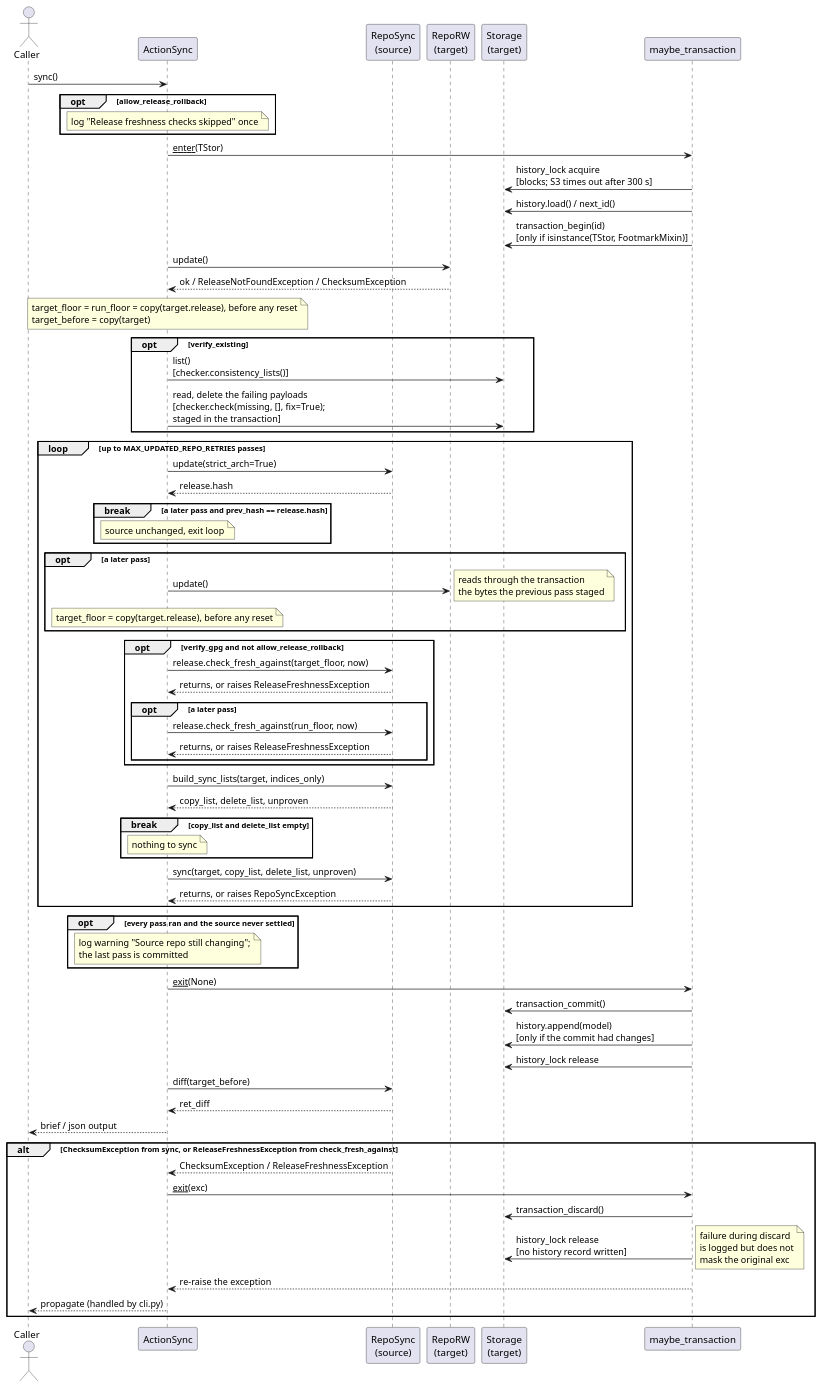
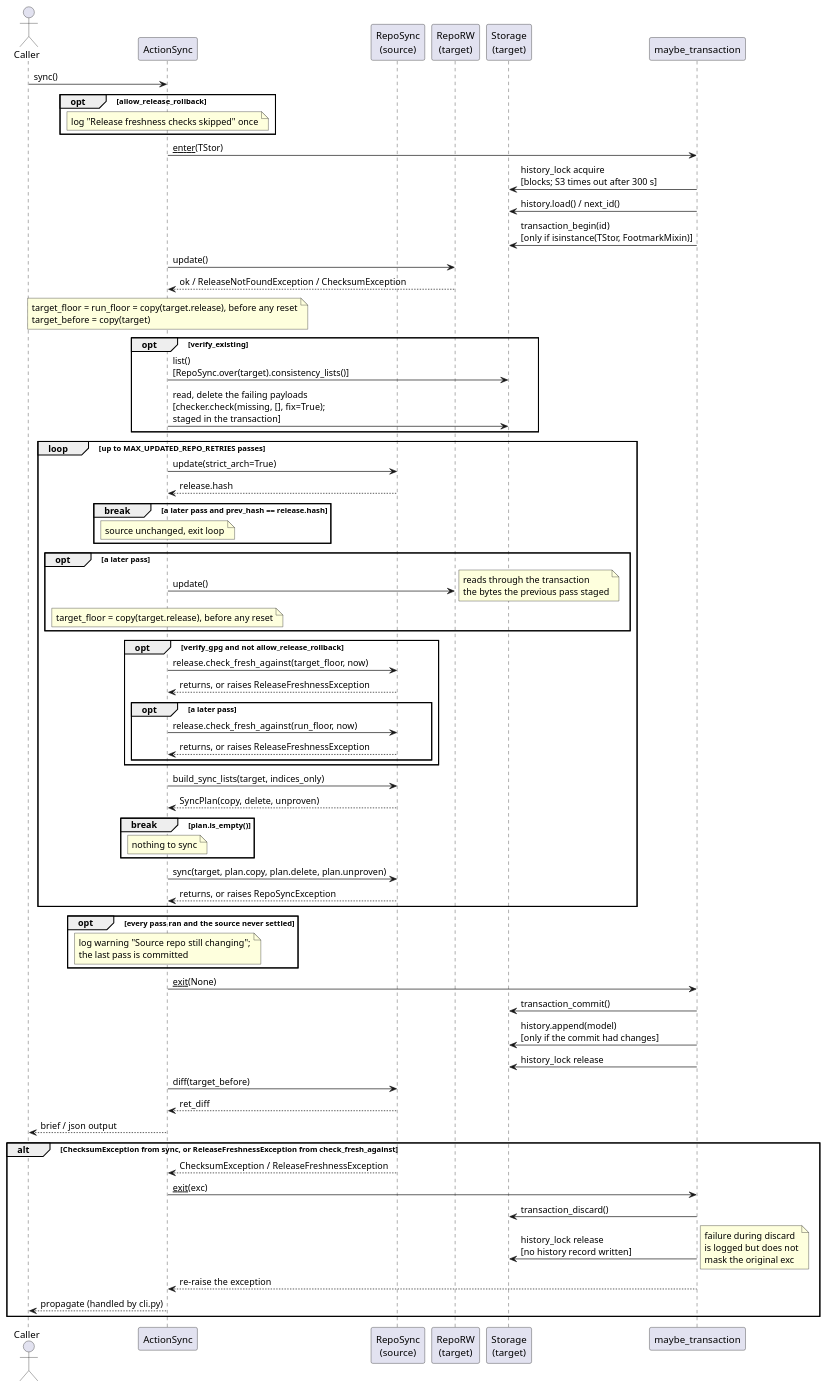
Before and after one commit to vinklat/debkit: the diagram in docs/development/diagrams/action-sync-sequence.puml, drawn with PlantUML. The commit also changed 12 other files, not shown here.

First line of the commit message:
Return a SyncPlan and check through RepoSync.over

```diff
--- a/docs/development/diagrams/action-sync-sequence.puml
+++ b/docs/development/diagrams/action-sync-sequence.puml
@@ -1,83 +1,83 @@
 @startuml
 actor Caller
 participant ActionSync
 participant "RepoSync\n(source)" as Src
 participant "RepoRW\n(target)" as Tgt
 participant "Storage\n(target)" as TStor
 participant "maybe_transaction" as CM
 
 Caller -> ActionSync: sync()
 
 opt allow_release_rollback
   note over ActionSync: log "Release freshness checks skipped" once
 end
 
 ActionSync -> CM: __enter__(TStor)
 CM -> TStor: history_lock acquire\n[blocks; S3 times out after 300 s]
 CM -> TStor: history.load() / next_id()
 CM -> TStor: transaction_begin(id)\n[only if isinstance(TStor, FootmarkMixin)]
 
 ActionSync -> Tgt: update()
 Tgt --> ActionSync: ok / ReleaseNotFoundException / ChecksumException
 note over ActionSync: target_floor = run_floor = copy(target.release), before any reset\ntarget_before = copy(target)
 
 opt verify_existing
-  ActionSync -> TStor: list()\n[checker.consistency_lists()]
+  ActionSync -> TStor: list()\n[RepoSync.over(target).consistency_lists()]
   ActionSync -> TStor: read, delete the failing payloads\n[checker.check(missing, [], fix=True);\nstaged in the transaction]
 end
 
 loop up to MAX_UPDATED_REPO_RETRIES passes
   ActionSync -> Src: update(strict_arch=True)
   Src --> ActionSync: release.hash
   break a later pass and prev_hash == release.hash
     note over ActionSync: source unchanged, exit loop
   end
 
   opt a later pass
     ActionSync -> Tgt: update()
     note right: reads through the transaction\nthe bytes the previous pass staged
     note over ActionSync: target_floor = copy(target.release), before any reset
   end
 
   opt verify_gpg and not allow_release_rollback
     ActionSync -> Src: release.check_fresh_against(target_floor, now)
     Src --> ActionSync: returns, or raises ReleaseFreshnessException
     opt a later pass
       ActionSync -> Src: release.check_fresh_against(run_floor, now)
       Src --> ActionSync: returns, or raises ReleaseFreshnessException
     end
   end
 
   ActionSync -> Src: build_sync_lists(target, indices_only)
-  Src --> ActionSync: copy_list, delete_list, unproven
-  break copy_list and delete_list empty
+  Src --> ActionSync: SyncPlan(copy, delete, unproven)
+  break plan.is_empty()
     note over ActionSync: nothing to sync
   end
 
-  ActionSync -> Src: sync(target, copy_list, delete_list, unproven)
+  ActionSync -> Src: sync(target, plan.copy, plan.delete, plan.unproven)
   Src --> ActionSync: returns, or raises RepoSyncException
 end
 
 opt every pass ran and the source never settled
   note over ActionSync: log warning "Source repo still changing";\nthe last pass is committed
 end
 
 ActionSync -> CM: __exit__(None)
 CM -> TStor: transaction_commit()
 CM -> TStor: history.append(model)\n[only if the commit had changes]
 CM -> TStor: history_lock release
 
 ActionSync -> Src: diff(target_before)
 Src --> ActionSync: ret_diff
 ActionSync --> Caller: brief / json output
 
 alt ChecksumException from sync, or ReleaseFreshnessException from check_fresh_against
   Src --> ActionSync: ChecksumException / ReleaseFreshnessException
   ActionSync -> CM: __exit__(exc)
   CM -> TStor: transaction_discard()
   CM -> TStor: history_lock release\n[no history record written]
   note right: failure during discard\nis logged but does not\nmask the original exc
   CM --> ActionSync: re-raise the exception
   ActionSync --> Caller: propagate (handled by cli.py)
 end
 @enduml
```
